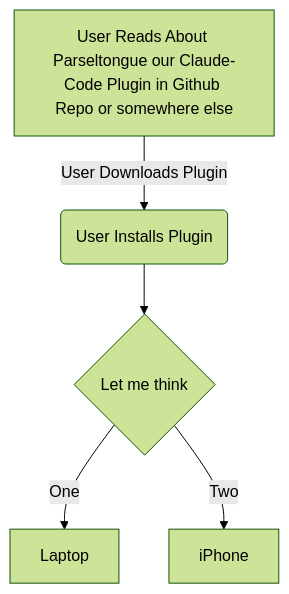
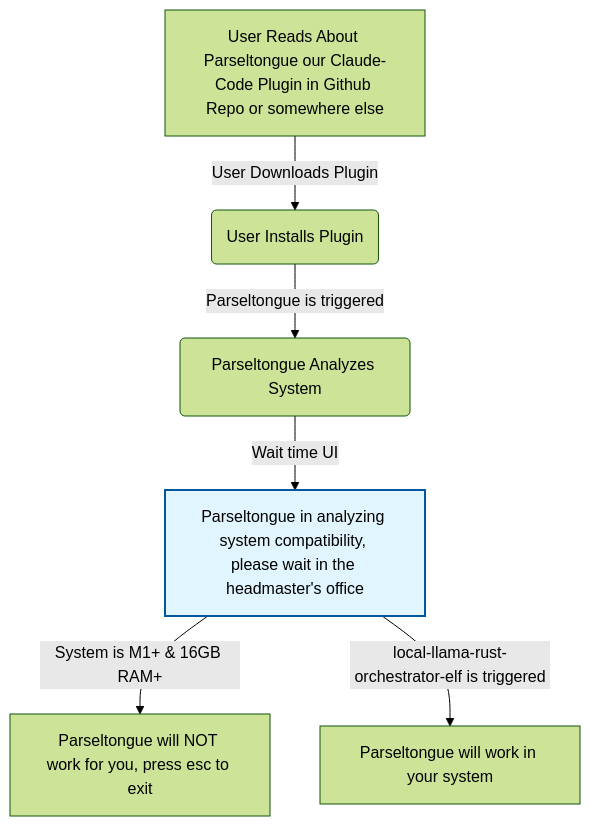
One commit to that-in-rust/transfiguration changed the diagram in Insp11MVP/A01PyramidForMVP.md. Above: the diagram before and after it, drawn with Mermaid (forest theme). The commit also changed other lines of this file, not shown here.

Commit message:
our minimalist mermaid

````diff
--- a/Insp11MVP/A01PyramidForMVP.md
+++ b/Insp11MVP/A01PyramidForMVP.md
@@ -102,7 +3,10 @@
 ``` mermaid
 graph TD
     A[User Reads About Parseltongue our Claude-Code Plugin in Github Repo or somewhere else] -->|User Downloads Plugin| B(User Installs Plugin)
-    B --> C{Let me think}
-    C -->|One| D[Laptop]
-    C -->|Two| E[iPhone]
+    B --> |Parseltongue is triggered| B1(Parseltongue Analyzes System)
+    B1 --> |Wait time UI| C["Parseltongue in analyzing system compatibility, please wait in the headmaster's office"]
+    C --> |System is M1+ & 16GB RAM+| D["Parseltongue will NOT work for you, press esc to exit"]
+    C --> |local-llama-rust-orchestrator-elf is triggered| E[Parseltongue will work in your system]
+
+    style C fill:#e1f5fe,stroke:#01579b,stroke-width:2px
 ```
````
